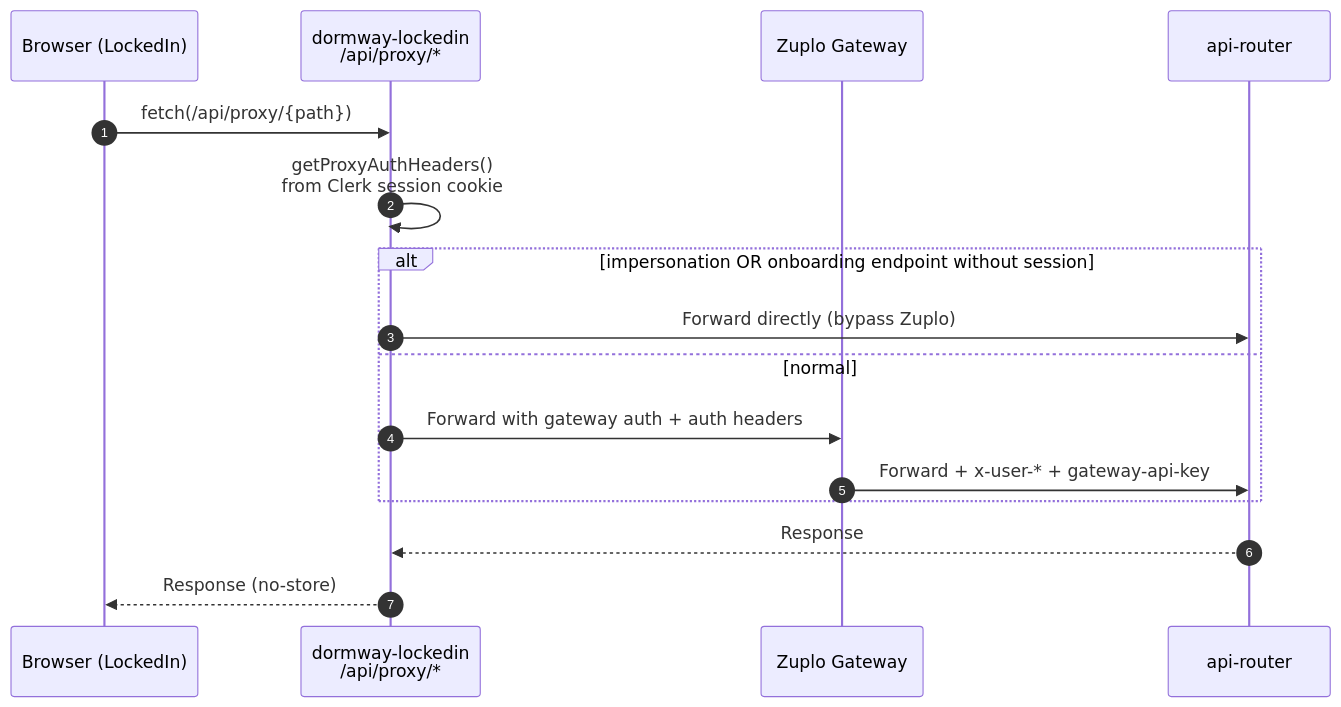
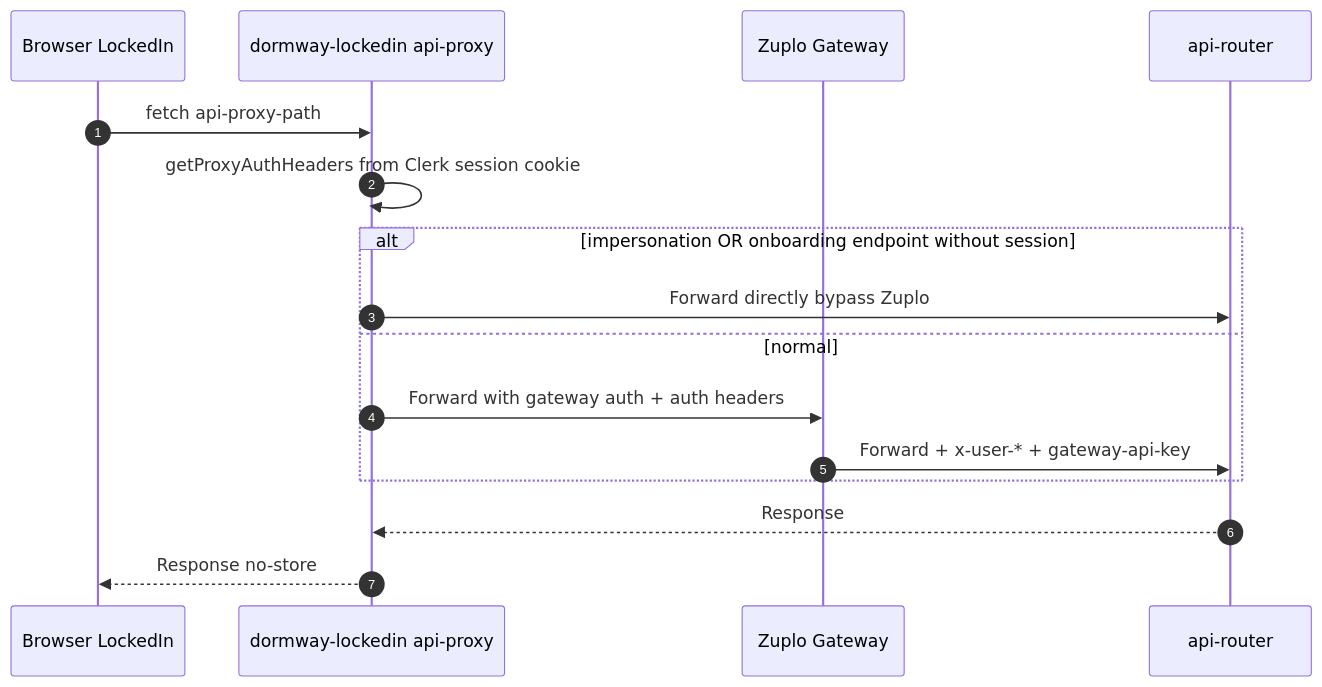
The fifth of 23 diagrams in docs/engineering/architecture/how-dormway-works.mdx (DormWay/mintlify-docs), drawn with Mermaid before and after one commit. The commit also changed other lines of this file, not shown here.

First line of the commit message:
fix: sanitize all 23 mermaid diagrams for Mermaid 11.x

````diff
--- a/docs/engineering/architecture/how-dormway-works.mdx
+++ b/docs/engineering/architecture/how-dormway-works.mdx
@@ -353,19 +353,19 @@
 ```mermaid
 sequenceDiagram
   autonumber
-  participant Browser as Browser (LockedIn)
-  participant LockedIn as dormway-lockedin<br>/api/proxy/*
+  participant Browser as Browser LockedIn
+  participant LockedIn as dormway-lockedin api-proxy
   participant Zuplo as Zuplo Gateway
   participant API as api-router
 
-  Browser->>LockedIn: fetch(/api/proxy/{path})
-  LockedIn->>LockedIn: getProxyAuthHeaders()<br>from Clerk session cookie
+  Browser->>LockedIn: fetch api-proxy-path
+  LockedIn->>LockedIn: getProxyAuthHeaders from Clerk session cookie
   alt impersonation OR onboarding endpoint without session
-    LockedIn->>API: Forward directly (bypass Zuplo)
+    LockedIn->>API: Forward directly bypass Zuplo
   else normal
     LockedIn->>Zuplo: Forward with gateway auth + auth headers
     Zuplo->>API: Forward + x-user-* + gateway-api-key
   end
   API-->>LockedIn: Response
-  LockedIn-->>Browser: Response (no-store)
+  LockedIn-->>Browser: Response no-store
 ```
````
